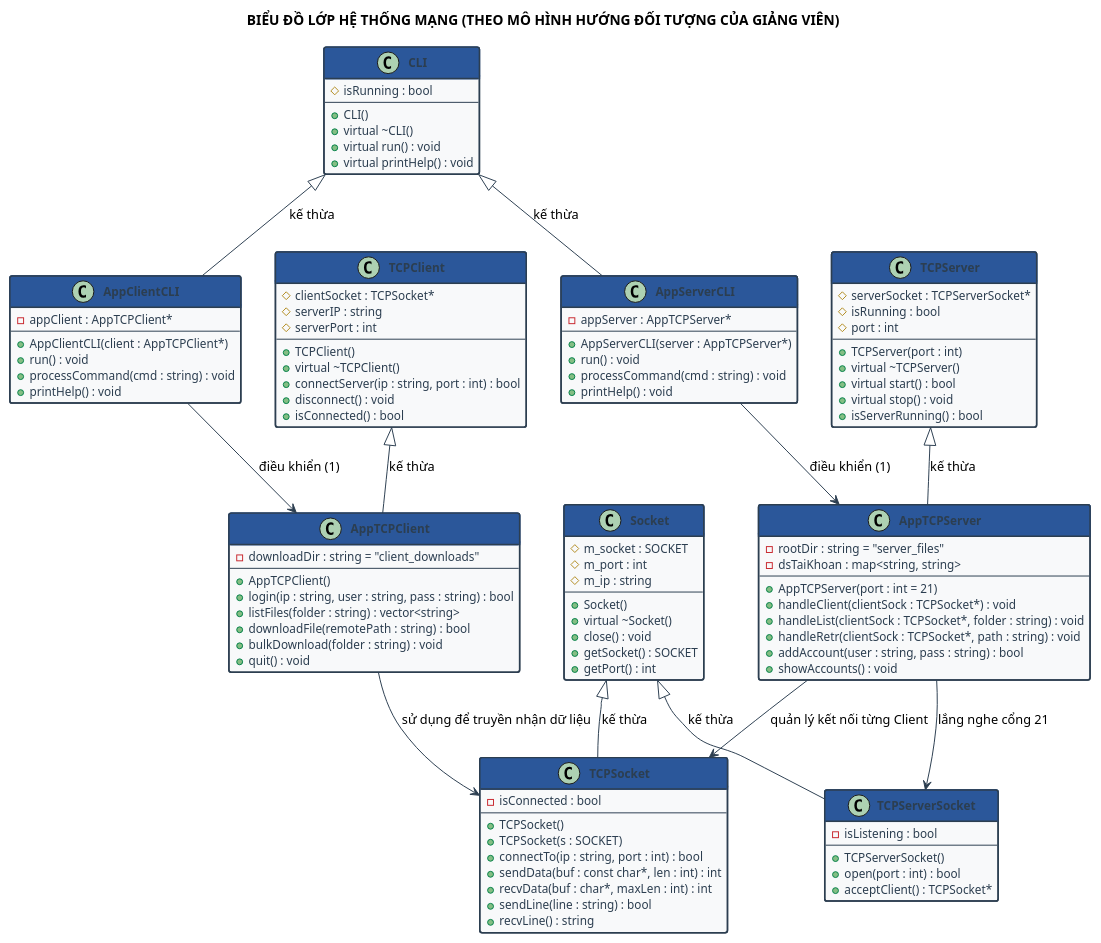
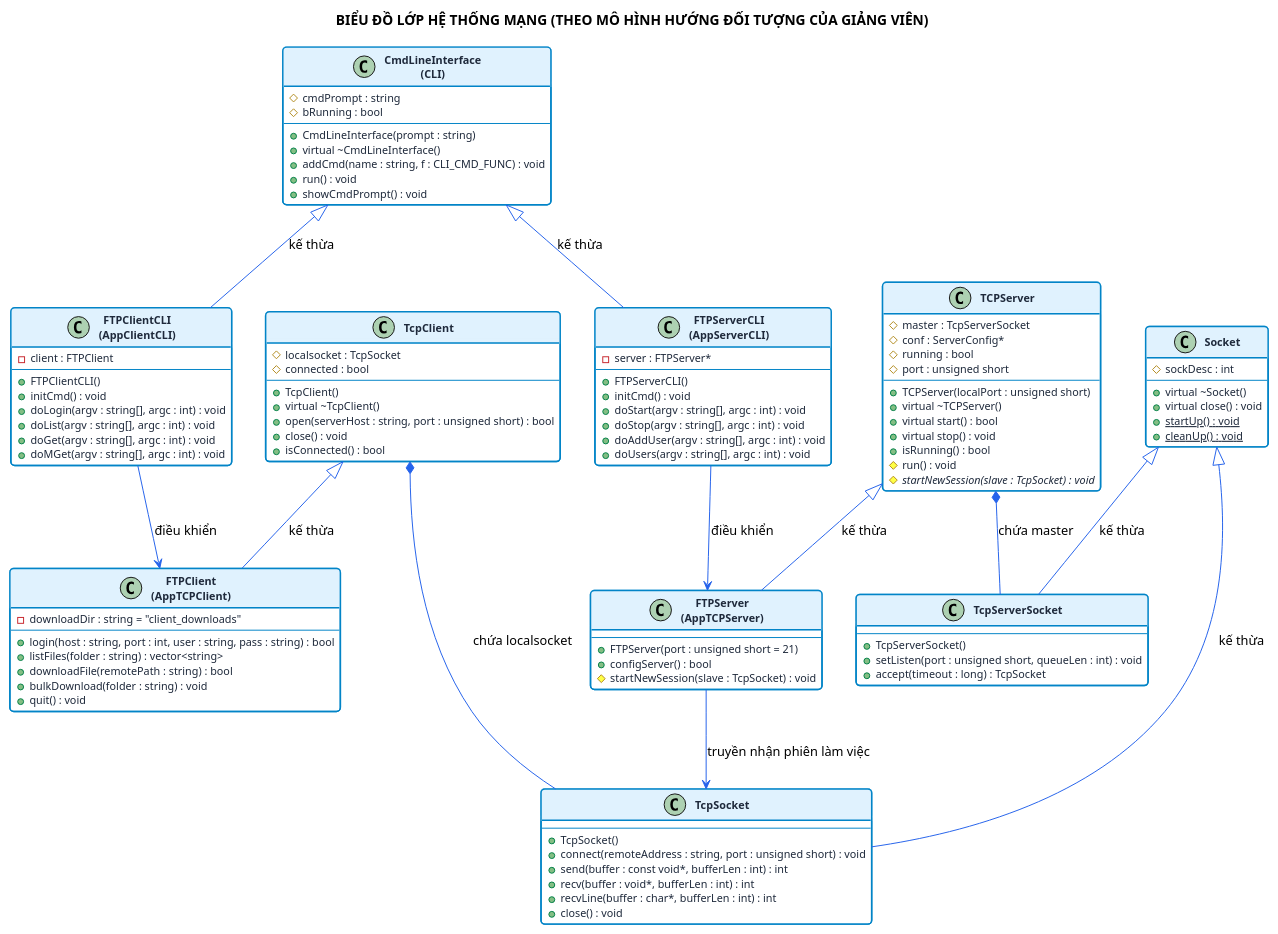
The diagram in docs/BieuDoLop_TheoThay.puml (leminhtuk69huce-bit/DoAnLTMHT), drawn with PlantUML before and after one commit. The commit also changed other lines of this file and 36 other files, not shown here.

Commit message:
Refactor: Chuyen doi 100% sang framework Socket va CLI huong doi tuong cua Thay, cap nhat bieu do lop mau sang de doc, bo sung huong dan giai thich cho thay

```diff
--- a/docs/BieuDoLop_TheoThay.puml
+++ b/docs/BieuDoLop_TheoThay.puml
@@ -1,156 +1,153 @@
 @startuml
-skinparam defaultFontName "Times New Roman"
-skinparam classFontSize 13
-skinparam classAttributeFontSize 12
-skinparam roundCorner 5
+skinparam defaultFontName "Segoe UI"
+skinparam classFontSize 12
+skinparam classAttributeFontSize 11
+skinparam packageFontSize 13
+skinparam roundCorner 8
 skinparam shadowing false
 skinparam classFontStyle bold
 
 skinparam class {
-    BackgroundColor #F8F9FA
-    ArrowColor #2C3E50
-    BorderColor #2C3E50
+    BackgroundColor #FFFFFF
+    ArrowColor #2563EB
+    BorderColor #0284C7
     BorderThickness 1.5
-    HeaderBackgroundColor #2B579A
-    FontColor #FFFFFF
-    AttributeFontColor #2C3E50
-    AttributeFontSize 12
+    HeaderBackgroundColor #E0F2FE
+    FontColor #0C4A6E
+    AttributeFontColor #1E293B
+    AttributeFontSize 11
 }
 
 title BIỂU ĐỒ LỚP HỆ THỐNG MẠNG (THEO MÔ HÌNH HƯỚNG ĐỐI TƯỢNG CỦA GIẢNG VIÊN)
 
 ' ========================================================
 ' TẦNG GIAO DIỆN DÒNG LỆNH (CLI)
 ' ========================================================
-class CLI {
-    # isRunning : bool
+class CmdLineInterface as "CmdLineInterface\n(CLI)" {
+    # cmdPrompt : string
+    # bRunning : bool
     --
-    + CLI()
-    + virtual ~CLI()
-    + virtual run() : void
-    + virtual printHelp() : void
+    + CmdLineInterface(prompt : string)
+    + virtual ~CmdLineInterface()
+    + addCmd(name : string, f : CLI_CMD_FUNC) : void
+    + run() : void
+    + showCmdPrompt() : void
 }
 
-class AppClientCLI {
-    - appClient : AppTCPClient*
+class FTPClientCLI as "FTPClientCLI\n(AppClientCLI)" {
+    - client : FTPClient
     --
-    + AppClientCLI(client : AppTCPClient*)
-    + run() : void
-    + processCommand(cmd : string) : void
-    + printHelp() : void
+    + FTPClientCLI()
+    + initCmd() : void
+    + doLogin(argv : string[], argc : int) : void
+    + doList(argv : string[], argc : int) : void
+    + doGet(argv : string[], argc : int) : void
+    + doMGet(argv : string[], argc : int) : void
 }
 
-class AppServerCLI {
-    - appServer : AppTCPServer*
+class FTPServerCLI as "FTPServerCLI\n(AppServerCLI)" {
+    - server : FTPServer*
     --
-    + AppServerCLI(server : AppTCPServer*)
-    + run() : void
-    + processCommand(cmd : string) : void
-    + printHelp() : void
+    + FTPServerCLI()
+    + initCmd() : void
+    + doStart(argv : string[], argc : int) : void
+    + doStop(argv : string[], argc : int) : void
+    + doAddUser(argv : string[], argc : int) : void
+    + doUsers(argv : string[], argc : int) : void
 }
 
-CLI <|-- AppClientCLI : kế thừa
-CLI <|-- AppServerCLI : kế thừa
+CmdLineInterface <|-- FTPClientCLI : kế thừa
+CmdLineInterface <|-- FTPServerCLI : kế thừa
 
 ' ========================================================
 ' TẦNG ỨNG DỤNG MẠNG (TCP CLIENT & TCP SERVER)
 ' ========================================================
-class TCPClient {
-    # clientSocket : TCPSocket*
-    # serverIP : string
-    # serverPort : int
+class TcpClient as "TcpClient" {
+    # localsocket : TcpSocket
+    # connected : bool
     --
-    + TCPClient()
-    + virtual ~TCPClient()
-    + connectServer(ip : string, port : int) : bool
-    + disconnect() : void
+    + TcpClient()
+    + virtual ~TcpClient()
+    + open(serverHost : string, port : unsigned short) : bool
+    + close() : void
     + isConnected() : bool
 }
 
-class TCPServer {
-    # serverSocket : TCPServerSocket*
-    # isRunning : bool
-    # port : int
+class TCPServer as "TCPServer" {
+    # master : TcpServerSocket
+    # conf : ServerConfig*
+    # running : bool
+    # port : unsigned short
     --
-    + TCPServer(port : int)
+    + TCPServer(localPort : unsigned short)
     + virtual ~TCPServer()
     + virtual start() : bool
     + virtual stop() : void
-    + isServerRunning() : bool
+    + isRunning() : bool
+    # run() : void
+    # {abstract} startNewSession(slave : TcpSocket) : void
 }
 
-class AppTCPClient {
+class FTPClient as "FTPClient\n(AppTCPClient)" {
     - downloadDir : string = "client_downloads"
     --
-    + AppTCPClient()
-    + login(ip : string, user : string, pass : string) : bool
+    + login(host : string, port : int, user : string, pass : string) : bool
     + listFiles(folder : string) : vector<string>
     + downloadFile(remotePath : string) : bool
     + bulkDownload(folder : string) : void
     + quit() : void
 }
 
-class AppTCPServer {
-    - rootDir : string = "server_files"
-    - dsTaiKhoan : map<string, string>
+class FTPServer as "FTPServer\n(AppTCPServer)" {
     --
-    + AppTCPServer(port : int = 21)
-    + handleClient(clientSock : TCPSocket*) : void
-    + handleList(clientSock : TCPSocket*, folder : string) : void
-    + handleRetr(clientSock : TCPSocket*, path : string) : void
-    + addAccount(user : string, pass : string) : bool
-    + showAccounts() : void
+    + FTPServer(port : unsigned short = 21)
+    + configServer() : bool
+    # startNewSession(slave : TcpSocket) : void
 }
 
-TCPClient <|-- AppTCPClient : kế thừa
-TCPServer <|-- AppTCPServer : kế thừa
+TcpClient <|-- FTPClient : kế thừa
+TCPServer <|-- FTPServer : kế thừa
 
 ' ========================================================
-' TẦNG SOCKET MẠNG (WINSOCK ABSTRACTION)
+' TẦNG SOCKET MẠNG (SOCKET ABSTRACTION)
 ' ========================================================
-class Socket {
-    # m_socket : SOCKET
-    # m_port : int
-    # m_ip : string
+class Socket as "Socket" {
+    # sockDesc : int
     --
-    + Socket()
     + virtual ~Socket()
-    + close() : void
-    + getSocket() : SOCKET
-    + getPort() : int
+    + virtual close() : void
+    + {static} startUp() : void
+    + {static} cleanUp() : void
 }
 
-class TCPSocket {
-    - isConnected : bool
+class TcpSocket as "TcpSocket" {
     --
-    + TCPSocket()
-    + TCPSocket(s : SOCKET)
-    + connectTo(ip : string, port : int) : bool
-    + sendData(buf : const char*, len : int) : int
-    + recvData(buf : char*, maxLen : int) : int
-    + sendLine(line : string) : bool
-    + recvLine() : string
+    + TcpSocket()
+    + connect(remoteAddress : string, port : unsigned short) : void
+    + send(buffer : const void*, bufferLen : int) : int
+    + recv(buffer : void*, bufferLen : int) : int
+    + recvLine(buffer : char*, bufferLen : int) : int
+    + close() : void
 }
 
-class TCPServerSocket {
-    - isListening : bool
+class TcpServerSocket as "TcpServerSocket" {
     --
-    + TCPServerSocket()
-    + open(port : int) : bool
-    + acceptClient() : TCPSocket*
+    + TcpServerSocket()
+    + setListen(port : unsigned short, queueLen : int) : void
+    + accept(timeout : long) : TcpSocket
 }
 
-Socket <|-- TCPSocket : kế thừa
-Socket <|-- TCPServerSocket : kế thừa
+Socket <|-- TcpSocket : kế thừa
+Socket <|-- TcpServerSocket : kế thừa
 
 ' ========================================================
 ' QUAN HỆ KẾT HỢP VÀ SỬ DỤNG (ASSOCIATION & USAGE)
 ' ========================================================
-AppClientCLI --> AppTCPClient : điều khiển (1)
-AppServerCLI --> AppTCPServer : điều khiển (1)
+FTPClientCLI --> FTPClient : điều khiển
+FTPServerCLI --> FTPServer : điều khiển
 
-AppTCPClient --> TCPSocket : sử dụng để truyền nhận dữ liệu
-AppTCPServer --> TCPServerSocket : lắng nghe cổng 21
-AppTCPServer --> TCPSocket : quản lý kết nối từng Client
+TcpClient *-- TcpSocket : chứa localsocket
+TCPServer *-- TcpServerSocket : chứa master
+FTPServer --> TcpSocket : truyền nhận phiên làm việc
 
 @enduml
```
